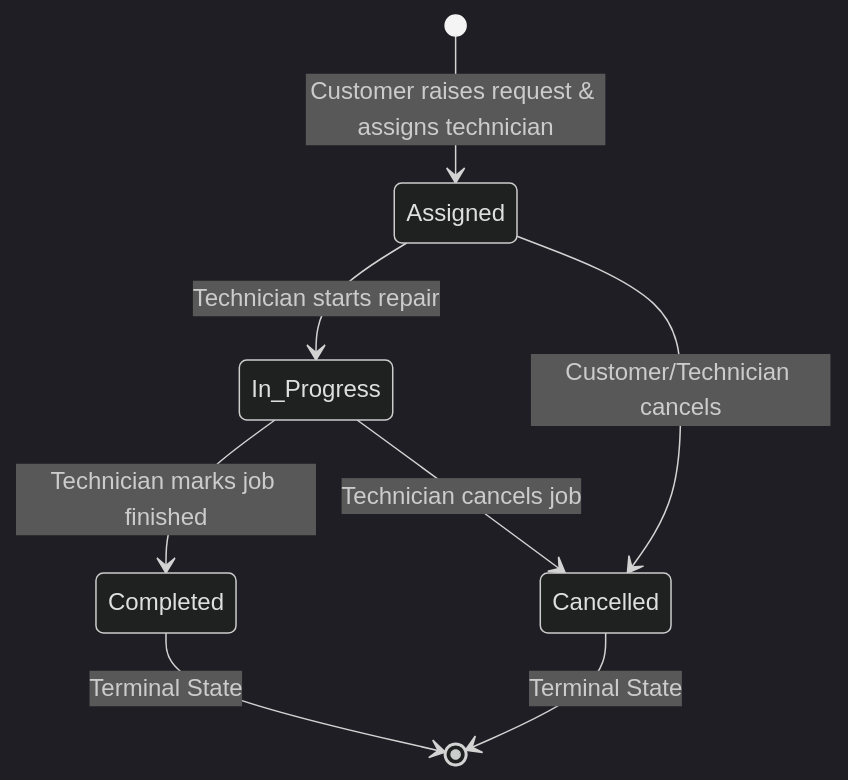
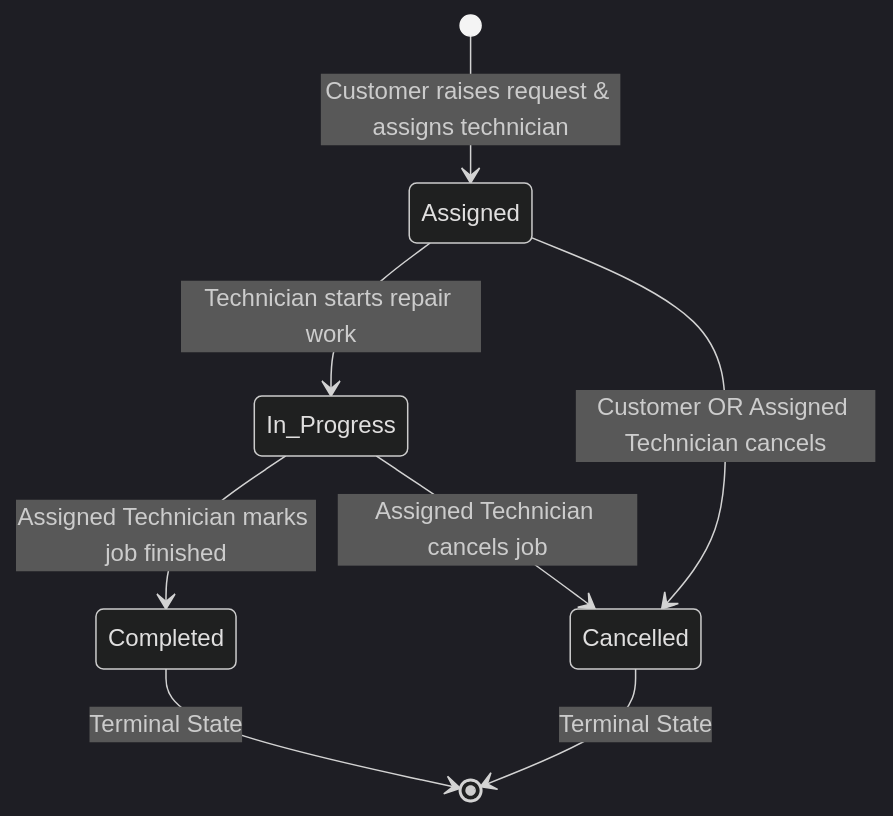
The second of 2 diagrams in README.md (kartikwagh21/Backend_Major_Project), drawn with Mermaid (dark theme) before and after one commit. The commit also changed other lines of this file and 2 other files, not shown here.

````diff
--- a/README.md
+++ b/README.md
@@ -193,10 +204,10 @@
 ```mermaid
 stateDiagram-v2
     [*] --> Assigned: Customer raises request & assigns technician
-    Assigned --> In_Progress: Technician starts repair
-    Assigned --> Cancelled: Customer/Technician cancels
-    In_Progress --> Completed: Technician marks job finished
-    In_Progress --> Cancelled: Technician cancels job
+    Assigned --> In_Progress: Technician starts repair work
+    Assigned --> Cancelled: Customer OR Assigned Technician cancels
+    In_Progress --> Completed: Assigned Technician marks job finished
+    In_Progress --> Cancelled: Assigned Technician cancels job
     Completed --> [*]: Terminal State
     Cancelled --> [*]: Terminal State
 ```
````
